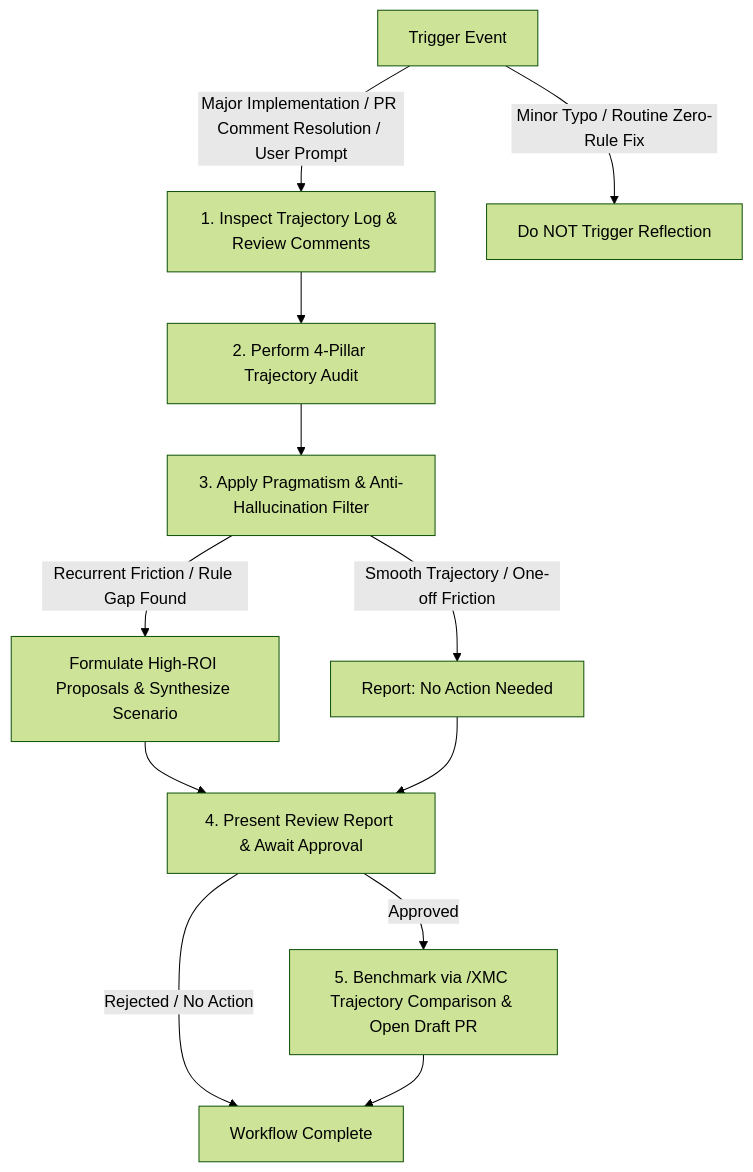
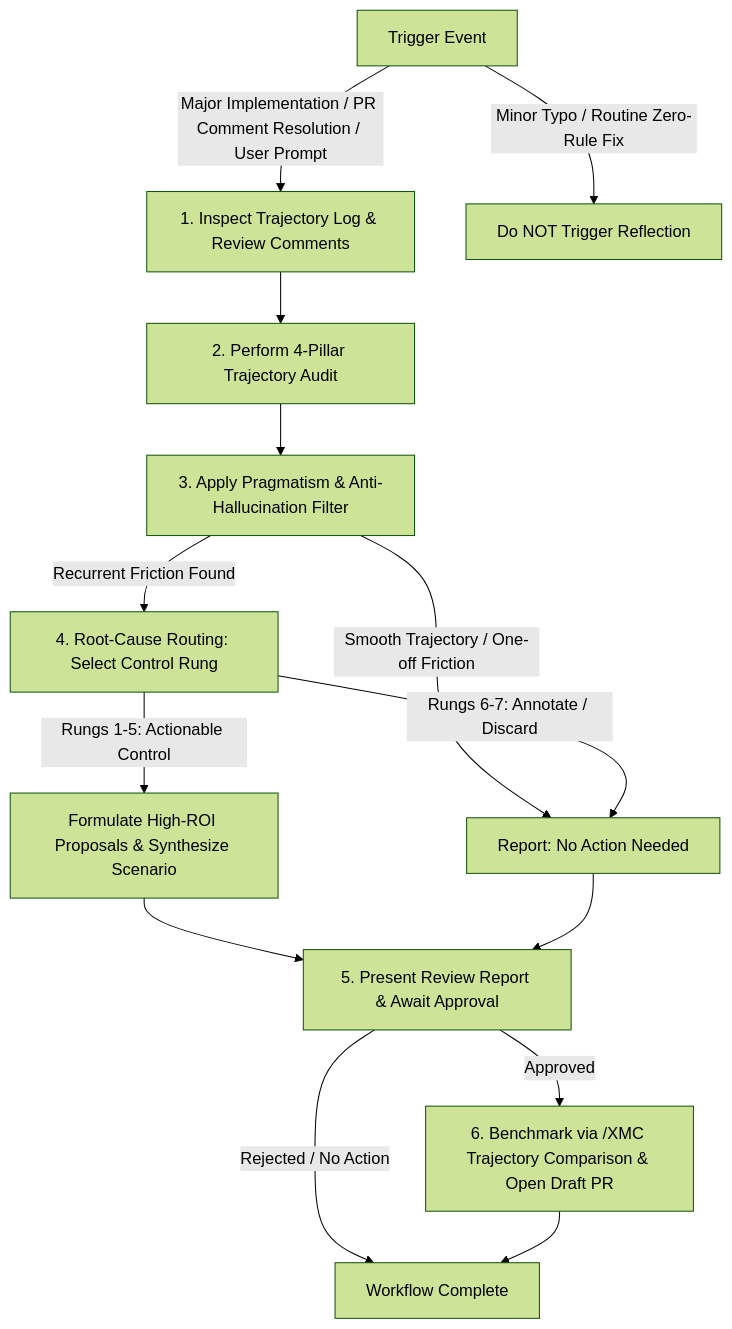
One commit to google/xmc changed the diagram in .agents/skills/xmc_iterative_reflection/SKILL.md. Above: the diagram before and after it, drawn with Mermaid (forest theme). The commit also changed other lines of this file and 3 other files, not shown here.

````diff
--- a/.agents/skills/xmc_iterative_reflection/SKILL.md
+++ b/.agents/skills/xmc_iterative_reflection/SKILL.md
@@ -10,13 +10,15 @@
 ```mermaid
 graph TD
     A[Trigger Event] -->|Major Implementation / PR Comment Resolution / User Prompt| B[1. Inspect Trajectory Log & Review Comments]
     A -->|Minor Typo / Routine Zero-Rule Fix| Stop[Do NOT Trigger Reflection]
     B --> C[2. Perform 4-Pillar Trajectory Audit]
     C --> D[3. Apply Pragmatism & Anti-Hallucination Filter]
-    D -->|Recurrent Friction / Rule Gap Found| E[Formulate High-ROI Proposals & Synthesize Scenario]
     D -->|Smooth Trajectory / One-off Friction| F[Report: No Action Needed]
-    E & F --> G[4. Present Review Report & Await Approval]
-    G -->|Approved| H[5. Benchmark via /XMC Trajectory Comparison & Open Draft PR]
+    D -->|Recurrent Friction Found| R[4. Root-Cause Routing: Select Control Rung]
+    R -->|Rungs 1-5: Actionable Control| E[Formulate High-ROI Proposals & Synthesize Scenario]
+    R -->|Rungs 6-7: Annotate / Discard| F
+    E & F --> G[5. Present Review Report & Await Approval]
+    G -->|Approved| H[6. Benchmark via /XMC Trajectory Comparison & Open Draft PR]
     G -->|Rejected / No Action| End[Workflow Complete]
     H --> End
 ```
````
